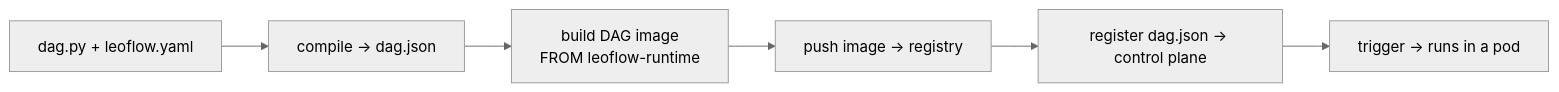
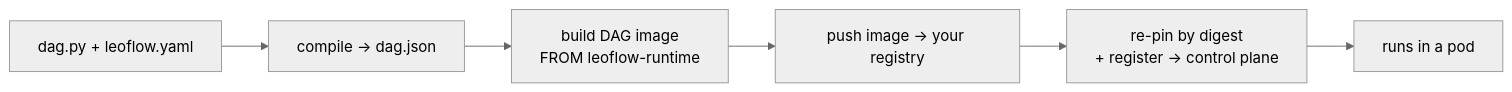
The diagram in docs/first-pro-dag.md (neochaotic/leoflow), drawn with Mermaid (neutral theme) before and after one commit. The commit also changed other lines of this file and 1 other file, not shown here.

````diff
--- a/docs/first-pro-dag.md
+++ b/docs/first-pro-dag.md
@@ -12,8 +12,8 @@
 ```mermaid
 flowchart LR
   A[dag.py + leoflow.yaml] --> B[compile → dag.json]
   B --> C[build DAG image<br/>FROM leoflow-runtime]
-  C --> D[push image → registry]
-  D --> E[register dag.json → control plane]
-  E --> F[trigger → runs in a pod]
+  C --> D[push image → your registry]
+  D --> E[re-pin by digest<br/>+ register → control plane]
+  E --> F[runs in a pod]
 ```
````
